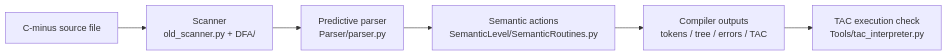
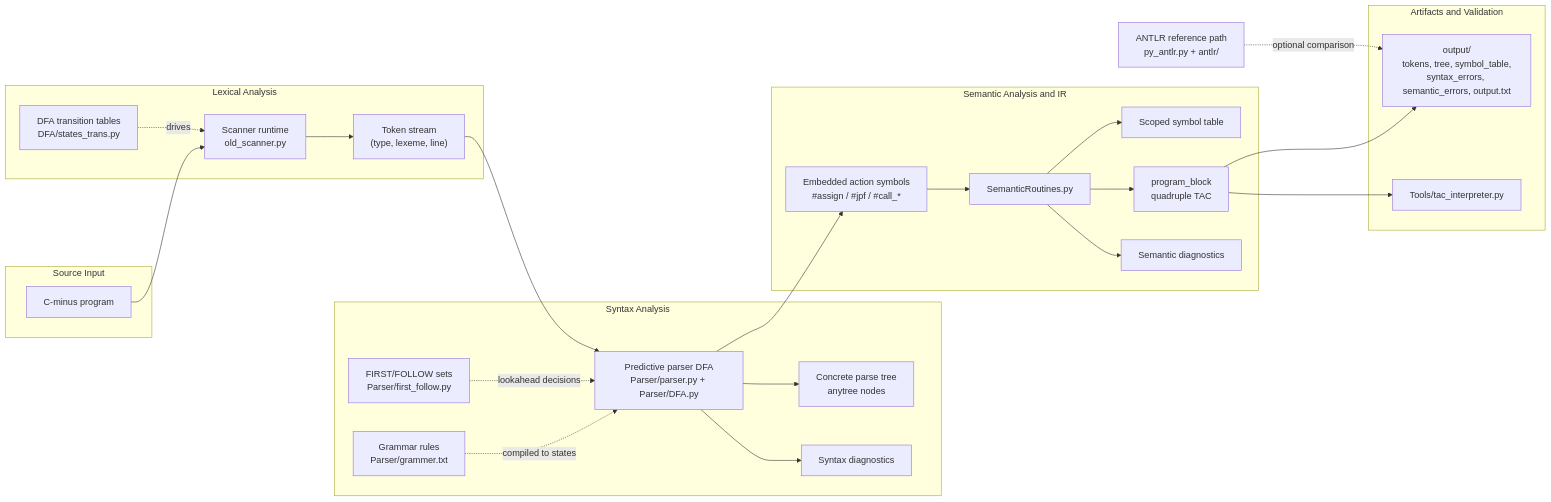
One commit to 0ALI0ZARGAR0/c-minus-compiler changed the diagram in docs/diagrams/compiler-pipeline.mmd. Above: the diagram before and after it, drawn with Mermaid. The commit also changed 5 other files, not shown here.

Commit message:
Refine README mermaid architecture views

```diff
--- a/docs/diagrams/compiler-pipeline.mmd
+++ b/docs/diagrams/compiler-pipeline.mmd
@@ -1,6 +1,46 @@
 flowchart LR
-    SRC["C-minus source file"] --> SCN["Scanner<br/>old_scanner.py + DFA/"]
-    SCN --> PAR["Predictive parser<br/>Parser/parser.py"]
-    PAR --> SEM["Semantic actions<br/>SemanticLevel/SemanticRoutines.py"]
-    SEM --> OUT["Compiler outputs<br/>tokens / tree / errors / TAC"]
-    OUT --> TAC["TAC execution check<br/>Tools/tac_interpreter.py"]
+    subgraph Input["Source Input"]
+        SRC["C-minus program"]
+    end
+
+    subgraph Lex["Lexical Analysis"]
+        DFA["DFA transition tables<br/>DFA/states_trans.py"]
+        SCN["Scanner runtime<br/>old_scanner.py"]
+        TOK["Token stream<br/>(type, lexeme, line)"]
+        SRC --> SCN --> TOK
+        DFA -.drives.-> SCN
+    end
+
+    subgraph Syn["Syntax Analysis"]
+        GR["Grammar rules<br/>Parser/grammer.txt"]
+        FF["FIRST/FOLLOW sets<br/>Parser/first_follow.py"]
+        PAR["Predictive parser DFA<br/>Parser/parser.py + Parser/DFA.py"]
+        TREE["Concrete parse tree<br/>anytree nodes"]
+        SYNERR["Syntax diagnostics"]
+        GR -.compiled to states.-> PAR
+        FF -.lookahead decisions.-> PAR
+        TOK --> PAR
+        PAR --> TREE
+        PAR --> SYNERR
+    end
+
+    subgraph Sem["Semantic Analysis and IR"]
+        ACT["Embedded action symbols<br/>#assign / #jpf / #call_*"]
+        ROUT["SemanticRoutines.py"]
+        ST["Scoped symbol table"]
+        PB["program_block<br/>quadruple TAC"]
+        SEMERR["Semantic diagnostics"]
+        PAR --> ACT --> ROUT
+        ROUT --> ST
+        ROUT --> PB
+        ROUT --> SEMERR
+    end
+
+    subgraph Out["Artifacts and Validation"]
+        OUT["output/<br/>tokens, tree, symbol_table,<br/>syntax_errors, semantic_errors, output.txt"]
+        TAC["Tools/tac_interpreter.py"]
+        PB --> OUT
+        PB --> TAC
+    end
+
+    REF["ANTLR reference path<br/>py_antlr.py + antlr/"] -.optional comparison.-> OUT
```
